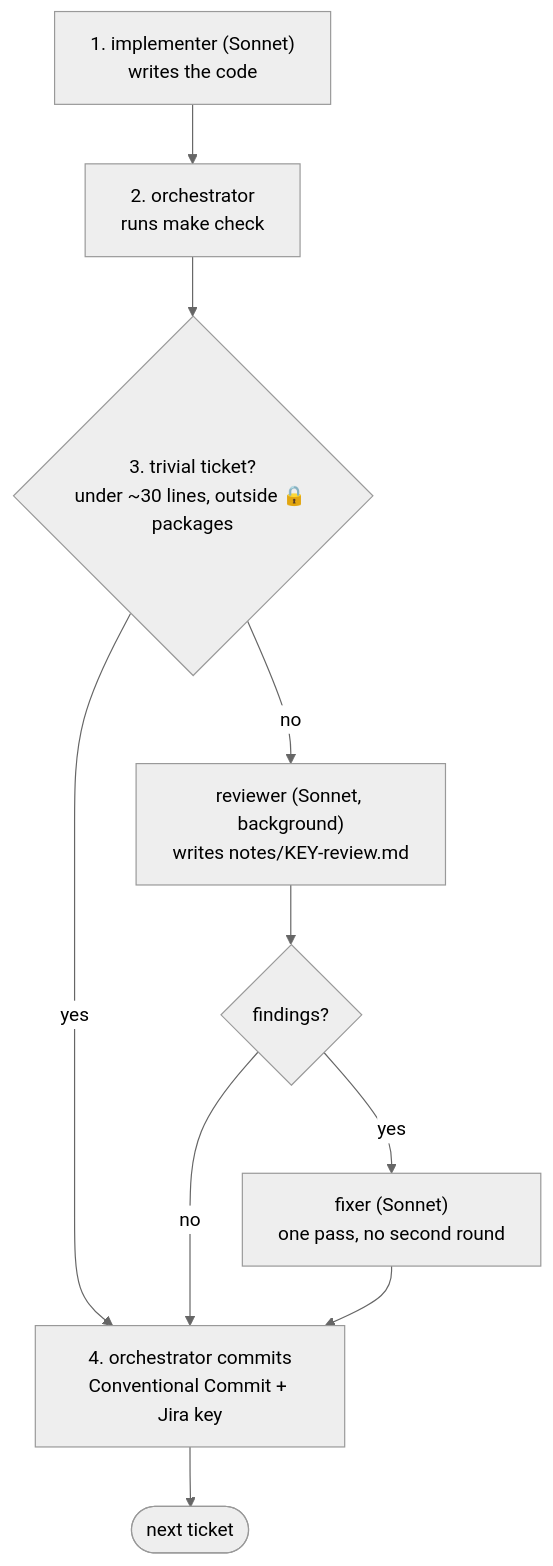
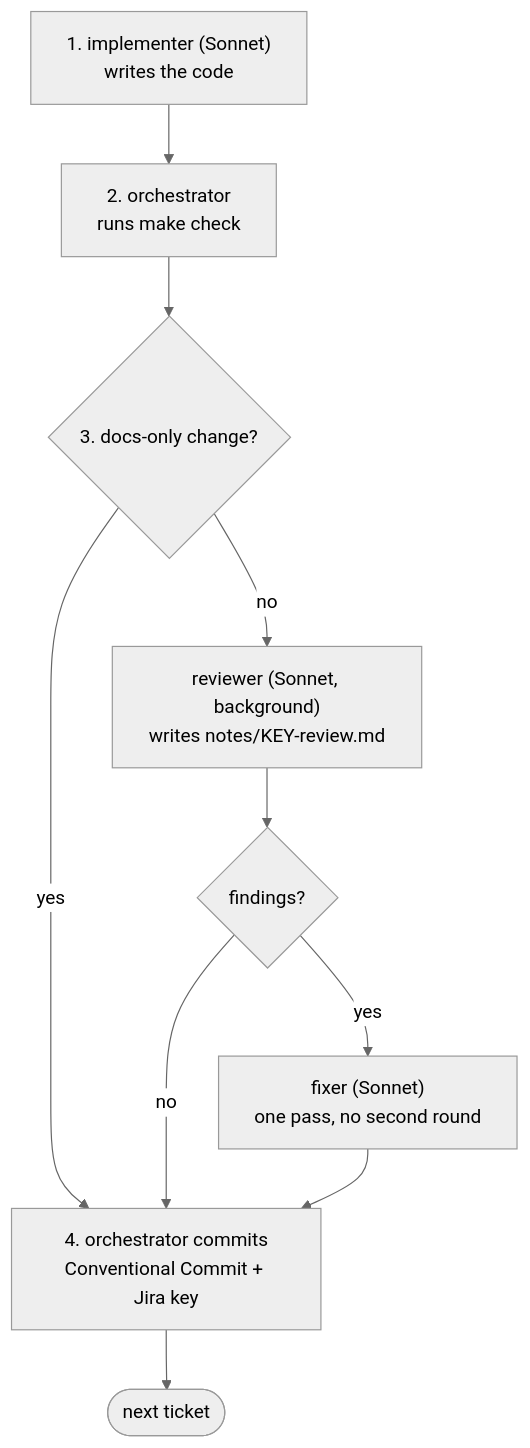
Before and after one commit to foxy98PL/AuthzCoverage: the second of 3 diagrams in docs/AGENT_FLOW.md, drawn with Mermaid (neutral theme). The commit also changed other lines of this file and 3 other files, not shown here.

````diff
--- a/docs/AGENT_FLOW.md
+++ b/docs/AGENT_FLOW.md
@@ -16,12 +16,12 @@
 ```mermaid
 flowchart TD
     I["1. implementer (Sonnet)<br/>writes the code"] --> C["2. orchestrator<br/>runs make check"]
-    C --> T{"3. trivial ticket?<br/>under ~30 lines, outside 🔒 packages"}
+    C --> T{"3. docs-only change?"}
     T -- yes --> K
     T -- no --> R["reviewer (Sonnet, background)<br/>writes notes/KEY-review.md"]
     R --> F{findings?}
     F -- no --> K
     F -- yes --> X["fixer (Sonnet)<br/>one pass, no second round"]
     X --> K["4. orchestrator commits<br/>Conventional Commit + Jira key"]
     K --> N([next ticket])
 ```
````
